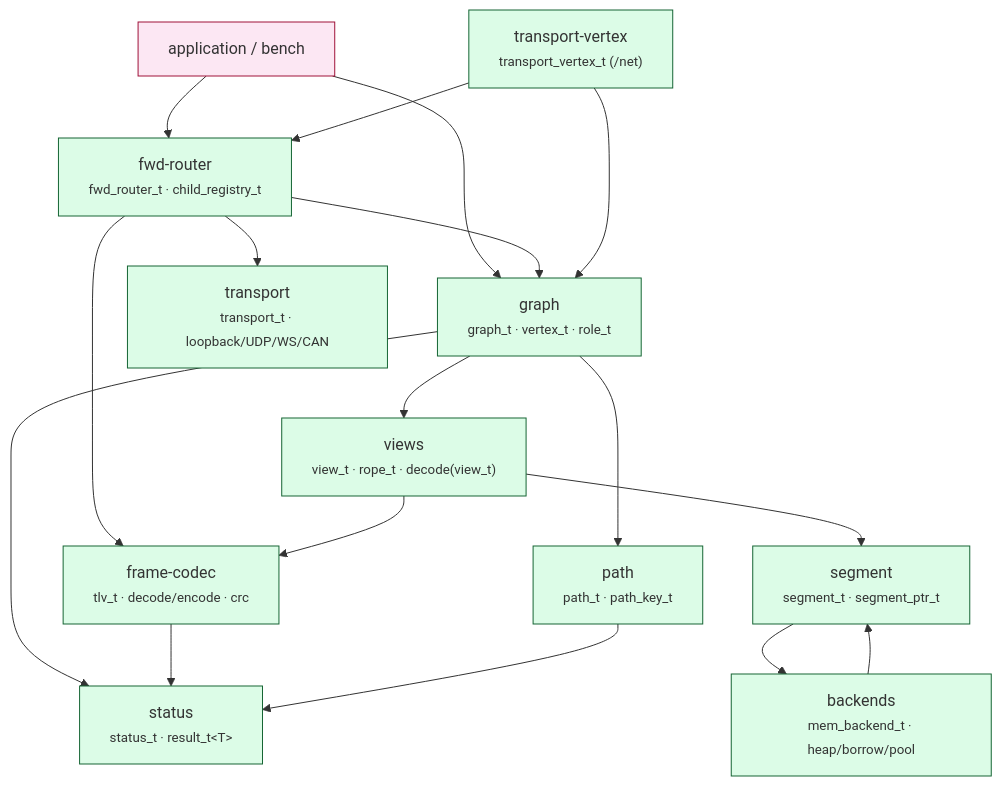
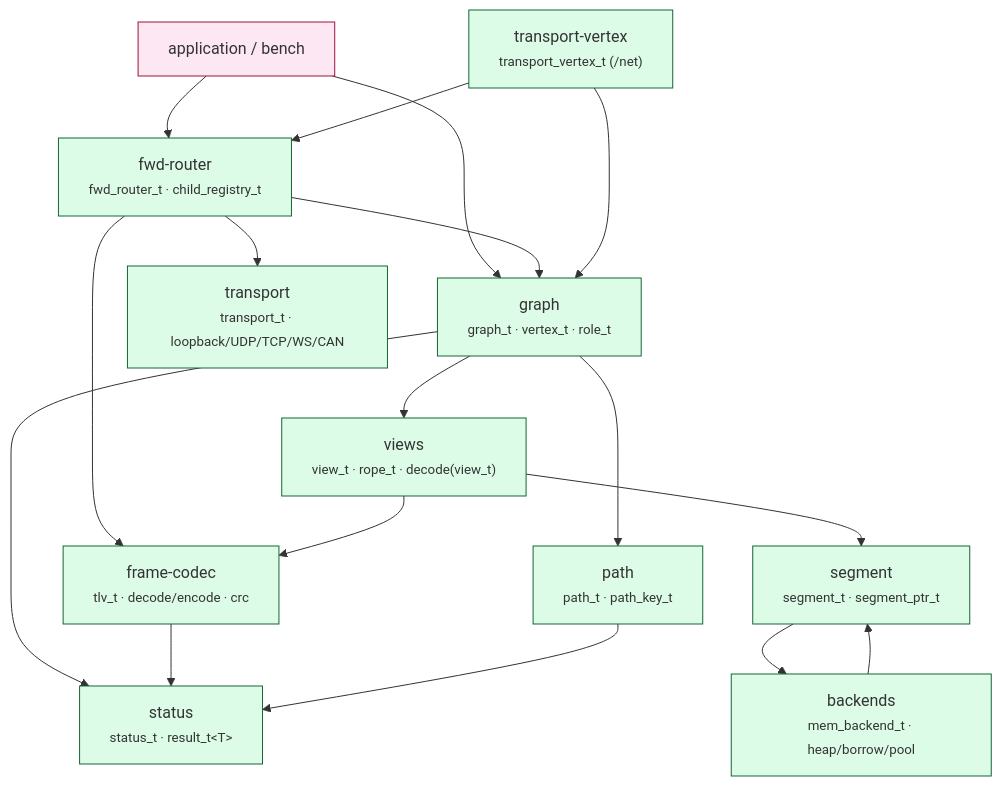
Before and after one commit to avatarsd-llc/libtracer: the first of 2 diagrams in docs/modules/interface-map.md, drawn with Mermaid. The commit also changed other lines of this file and 45 other files, not shown here.

````diff
--- a/docs/modules/interface-map.md
+++ b/docs/modules/interface-map.md
@@ -10,35 +10,35 @@
 ```{mermaid}
 flowchart TD
     APP["application / bench"]:::app
     GRAPH["graph<br/><small>graph_t · vertex_t · role_t</small>"]
     PATH["path<br/><small>path_t · path_key_t</small>"]
     FWD["fwd-router<br/><small>fwd_router_t · child_registry_t</small>"]
     TVERT["transport-vertex<br/><small>transport_vertex_t (/net)</small>"]
-    TRANSPORT["transport<br/><small>transport_t · loopback/UDP/WS/CAN</small>"]
+    TRANSPORT["transport<br/><small>transport_t · loopback/UDP/TCP/WS/CAN</small>"]
     FRAME["frame-codec<br/><small>tlv_t · decode/encode · crc</small>"]
     VIEWS["views<br/><small>view_t · rope_t · decode(view_t)</small>"]
     SEG["segment<br/><small>segment_t · segment_ptr_t</small>"]
     BACK["backends<br/><small>mem_backend_t · heap/borrow/pool</small>"]
     STATUS["status<br/><small>status_t · result_t&lt;T&gt;</small>"]
 
     APP --> GRAPH
     APP --> FWD
     GRAPH --> PATH
     GRAPH --> VIEWS
     GRAPH --> STATUS
     FWD --> GRAPH
     FWD --> FRAME
     FWD --> TRANSPORT
     TVERT --> FWD
     TVERT --> GRAPH
     VIEWS --> FRAME
     VIEWS --> SEG
     FRAME --> STATUS
     SEG --> BACK
     BACK --> SEG
     PATH --> STATUS
 
     classDef app fill:#fce7f3,stroke:#9f1239;
-    classDef done fill:#dcfce7,stroke:#166534;
-    class GRAPH,PATH,FWD,TVERT,TRANSPORT,FRAME,VIEWS,SEG,BACK,STATUS done;
+    classDef lib fill:#dcfce7,stroke:#166534;
+    class GRAPH,PATH,FWD,TVERT,TRANSPORT,FRAME,VIEWS,SEG,BACK,STATUS lib;
 ```
````
